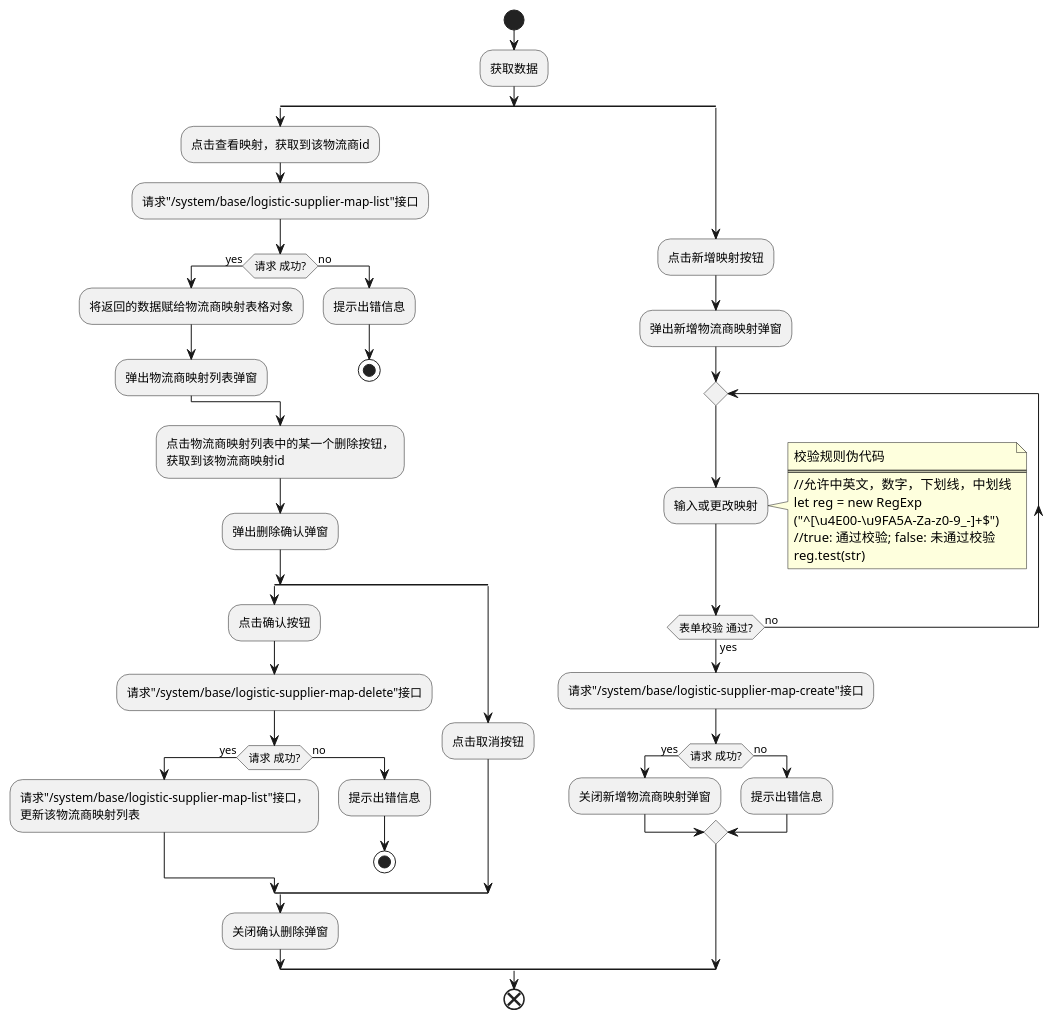
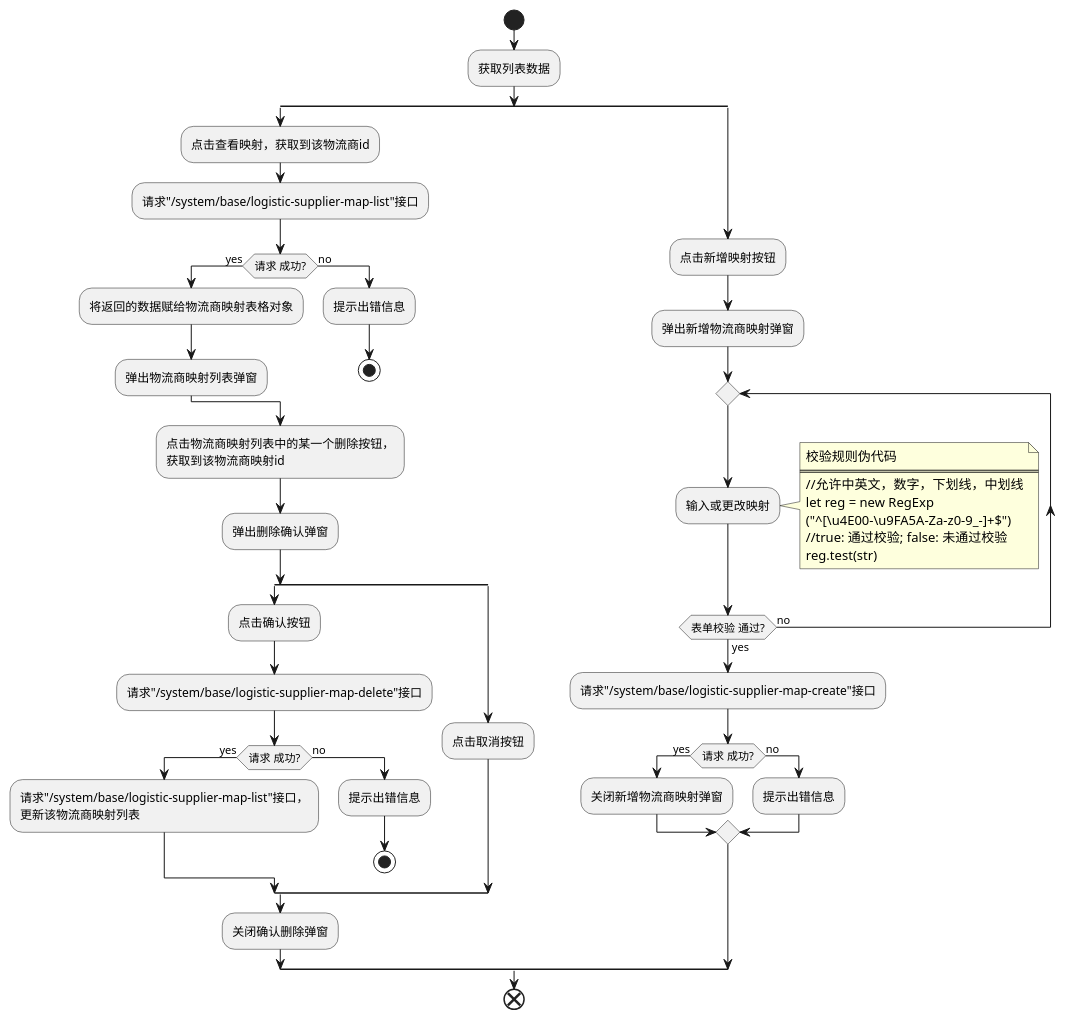
The diagram in docs/development-flow-diagram.puml/system/get-logistics-supplier.puml (futurekidult/lis), drawn with PlantUML before and after one commit. The commit also changed 8 other files, not shown here.

```diff
--- a/docs/development-flow-diagram.puml/system/get-logistics-supplier.puml
+++ b/docs/development-flow-diagram.puml/system/get-logistics-supplier.puml
@@ -1,56 +1,56 @@
 @startuml
 
 start
-:获取数据;
+:获取列表数据;
 split
   :点击查看映射，获取到该物流商id;
   :请求"/system/base/logistic-supplier-map-list"接口;
   if(请求 成功?) then (yes)
     :将返回的数据赋给物流商映射表格对象;
     :弹出物流商映射列表弹窗;
   else (no)
     :提示出错信息;
     stop
   endif
   :点击物流商映射列表中的某一个删除按钮，
   获取到该物流商映射id;
   :弹出删除确认弹窗;
   split
     :点击确认按钮;
     :请求"/system/base/logistic-supplier-map-delete"接口;
     if(请求 成功?) then (yes)
       :请求"/system/base/logistic-supplier-map-list"接口，
       更新该物流商映射列表;
     else (no)
       :提示出错信息;
       stop
     endif
   split again
     :点击取消按钮;
   end split
   :关闭确认删除弹窗;
 split again
   :点击新增映射按钮;
   :弹出新增物流商映射弹窗;
   repeat
     :输入或更改映射;
   repeat while(表单校验 通过?) is (no) not (yes)
   note right 
     校验规则伪代码
     ====
     //允许中英文，数字，下划线，中划线
     let reg = new RegExp
     ("^[\u4E00-\u9FA5A-Za-z0-9_-]+$")
     //true: 通过校验; false: 未通过校验
     reg.test(str) 
   end note
   :请求"/system/base/logistic-supplier-map-create"接口;
   if(请求 成功?) then (yes)
     :关闭新增物流商映射弹窗;
   else (no)
     :提示出错信息;
   endif    
 end split
 end
 
 @enduml
```
